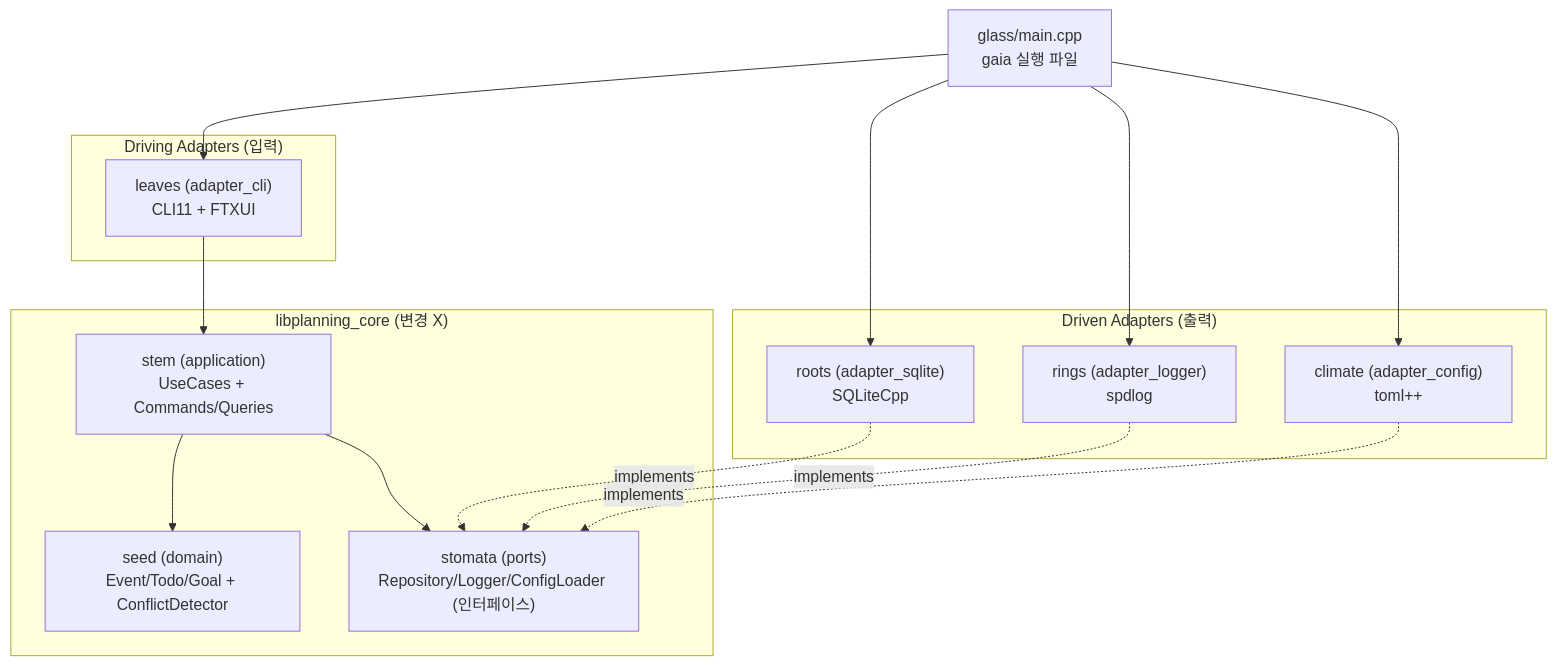
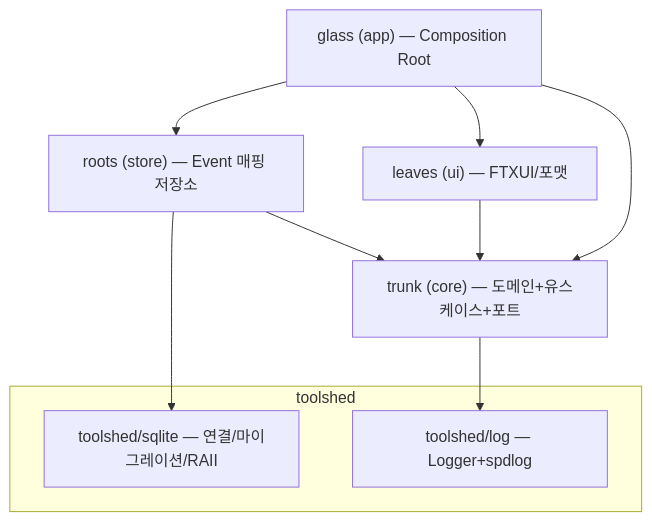
One commit to Olbbemi/Terrarium changed the first of 3 diagrams in CLI_Planning/code-design/02-design/handoff.md. Above: the diagram before and after it, drawn with Mermaid. The commit also changed other lines of this file and 13 other files, not shown here.

````diff
--- a/CLI_Planning/code-design/02-design/handoff.md
+++ b/CLI_Planning/code-design/02-design/handoff.md
@@ -78,31 +80,19 @@
 ```mermaid
-graph TB
-    subgraph Driving["Driving Adapters (입력)"]
-        CLI["leaves (adapter_cli)<br/>CLI11 + FTXUI"]
+flowchart TB
+    glass["glass (app) — Composition Root"]
+    leaves["leaves (ui) — FTXUI/포맷"]
+    roots["roots (store) — Event 매핑 저장소"]
+    trunk["trunk (core) — 도메인+유스케이스+포트"]
+    subgraph toolshed
+      tsq["toolshed/sqlite — 연결/마이그레이션/RAII"]
+      tlog["toolshed/log — Logger+spdlog"]
     end
 
-    subgraph Core["libplanning_core (변경 X)"]
-        APP["stem (application)<br/>UseCases + Commands/Queries"]
-        PORTS["stomata (ports)<br/>Repository/Logger/ConfigLoader (인터페이스)"]
-        DOM["seed (domain)<br/>Event/Todo/Goal + ConflictDetector"]
-
-        APP --> DOM
-        APP --> PORTS
-    end
-
-    subgraph Driven["Driven Adapters (출력)"]
-        DB["roots (adapter_sqlite)<br/>SQLiteCpp"]
-        LOG["rings (adapter_logger)<br/>spdlog"]
-        CFG["climate (adapter_config)<br/>toml++"]
-    end
-
-    CLI --> APP
-    DB -.implements.-> PORTS
-    LOG -.implements.-> PORTS
-    CFG -.implements.-> PORTS
-
-    MAIN["glass/main.cpp<br/>gaia 실행 파일"] --> CLI
-    MAIN --> DB
-    MAIN --> LOG
-    MAIN --> CFG
+    glass --> leaves
+    glass --> roots
+    glass --> trunk
+    leaves --> trunk
+    roots --> trunk
+    roots --> tsq
+    trunk --> tlog
 ```
````
